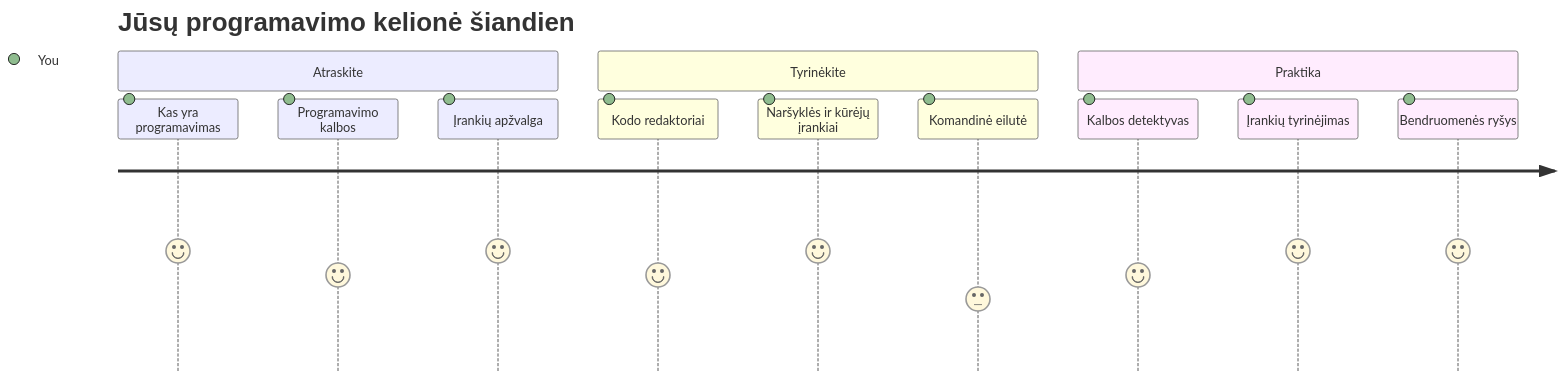
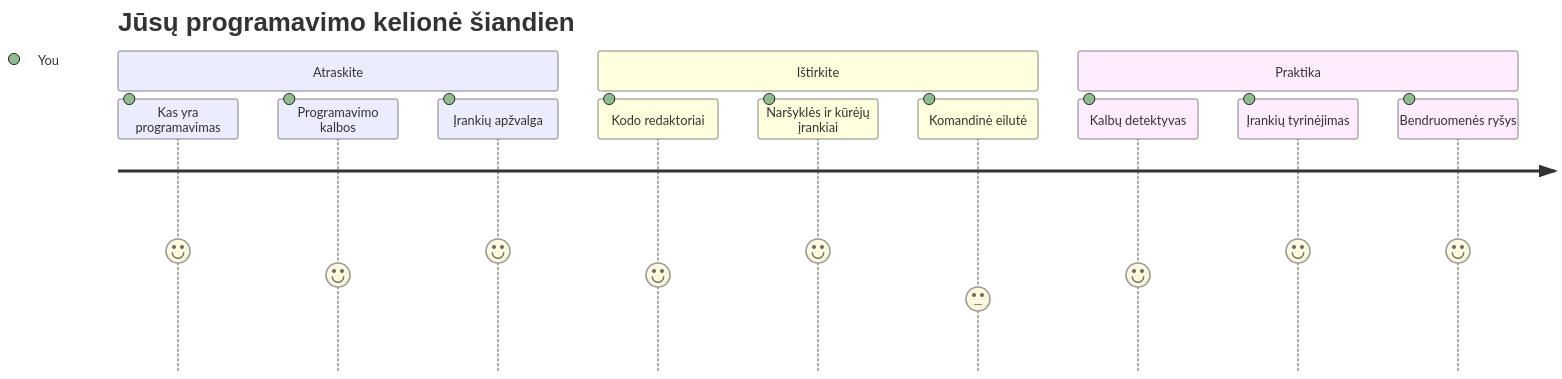
One commit to microsoft/Web-Dev-For-Beginners changed the first of 7 diagrams in translations/lt/1-getting-started-lessons/1-intro-to-programming-languages/README.md. Above: the diagram before and after it, drawn with Mermaid. The commit also changed other lines of this file and 11 other files, not shown here.

````diff
--- a/translations/lt/1-getting-started-lessons/1-intro-to-programming-languages/README.md
+++ b/translations/lt/1-getting-started-lessons/1-intro-to-programming-languages/README.md
@@ -14,16 +14,16 @@
 ```mermaid
 journey
     title Jūsų programavimo kelionė šiandien
     section Atraskite
       Kas yra programavimas: 5: You
       Programavimo kalbos: 4: You
       Įrankių apžvalga: 5: You
-    section Tyrinėkite
+    section Ištirkite
       Kodo redaktoriai: 4: You
       Naršyklės ir kūrėjų įrankiai: 5: You
       Komandinė eilutė: 3: You
     section Praktika
-      Kalbos detektyvas: 4: You
+      Kalbų detektyvas: 4: You
       Įrankių tyrinėjimas: 5: You
       Bendruomenės ryšys: 5: You
 ```
````
